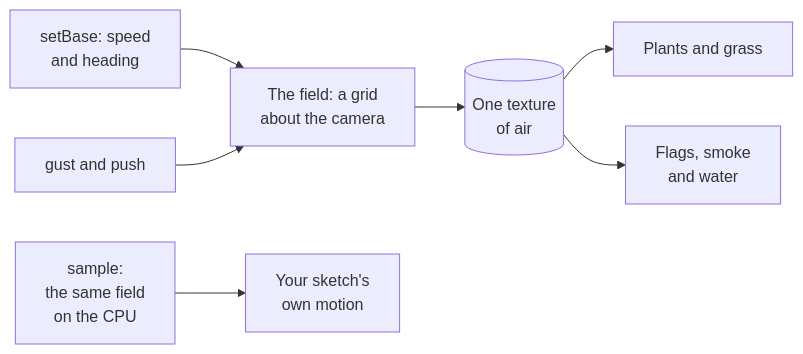
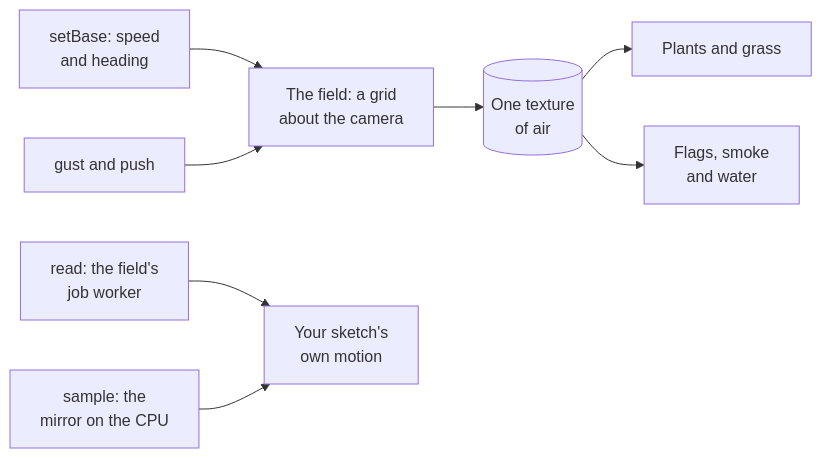
Before and after one commit to null3d-engine/null3d: the diagram in docs/api/wind.md, drawn with Mermaid. The commit also changed other lines of this file and 22 other files, not shown here.

````diff
--- a/docs/api/wind.md
+++ b/docs/api/wind.md
@@ -13,9 +13,10 @@
 ```mermaid
 flowchart LR
     base["setBase: speed<br/>and heading"] --> field["The field: a grid<br/>about the camera"]
     gust["gust and push"] --> field
     field --> tex[("One texture<br/>of air")]
     tex --> plants["Plants and grass"]
     tex --> flags["Flags, smoke<br/>and water"]
-    cpu["sample:<br/>the same field<br/>on the CPU"] --> page["Your sketch's<br/>own motion"]
+    ask["read: the field's<br/>job worker"] --> page["Your sketch's<br/>own motion"]
+    cpu["sample: the<br/>mirror on the CPU"] --> page
 ```
````
